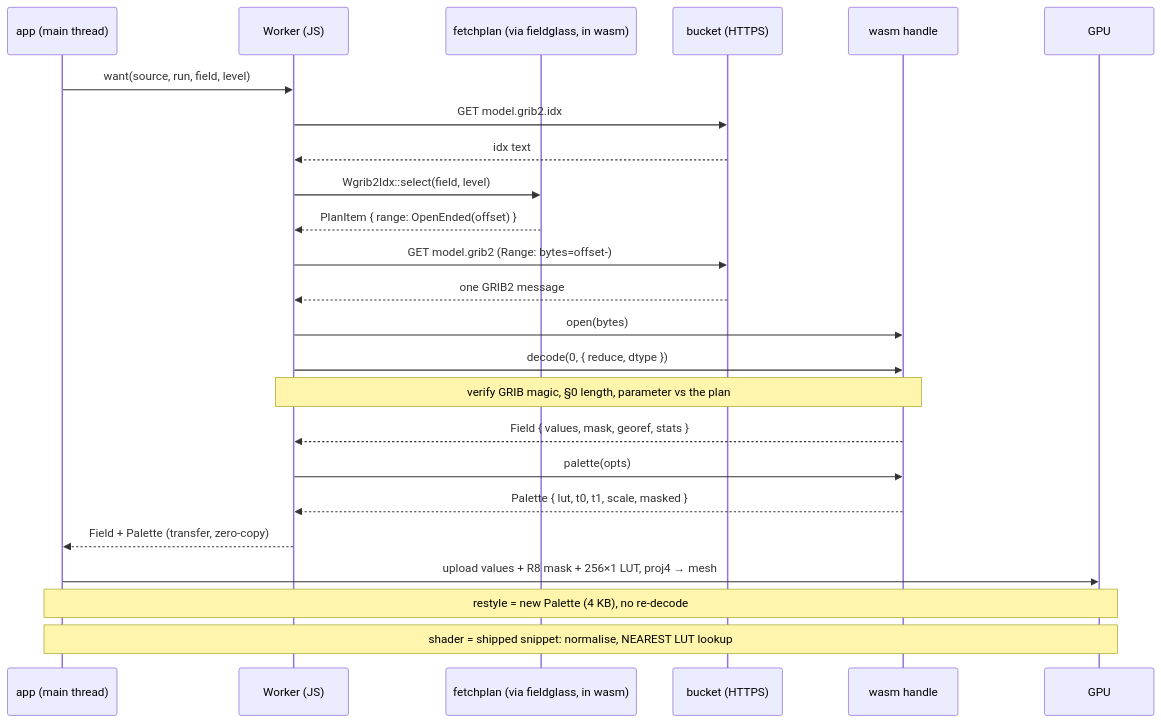
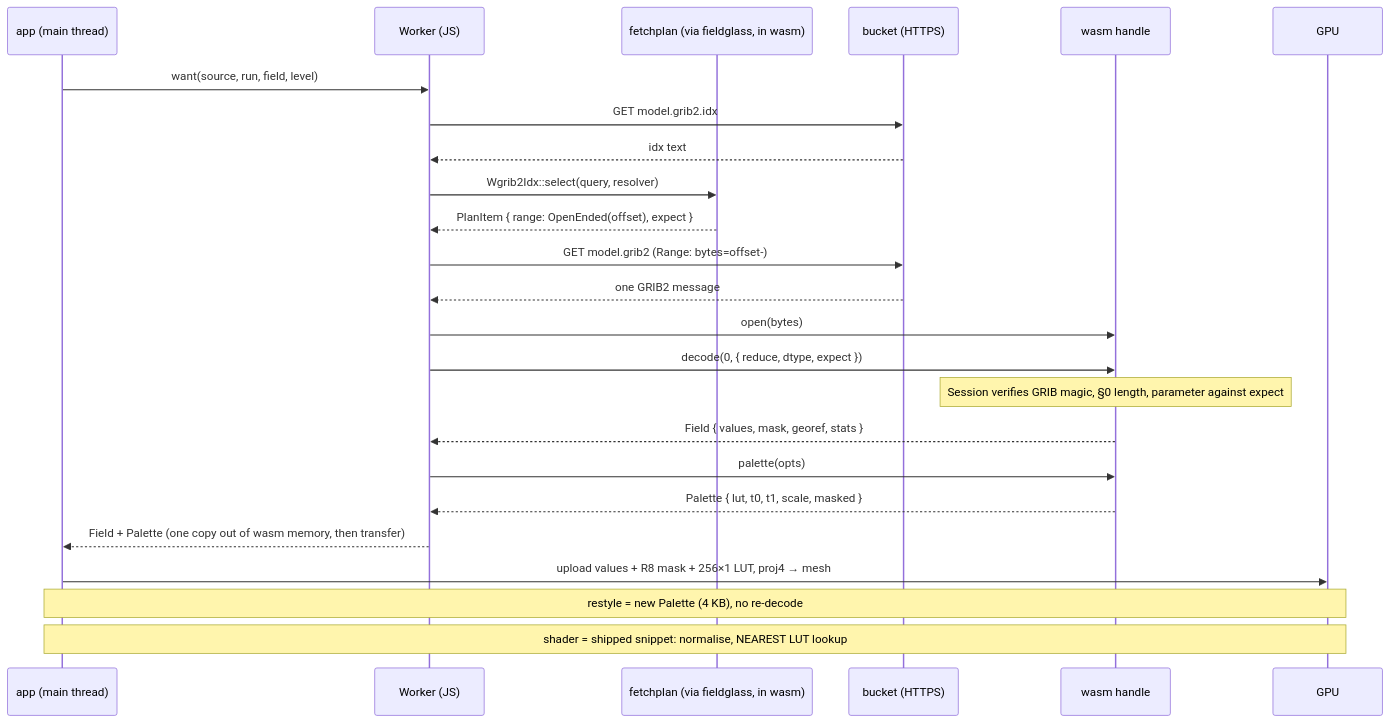
The second of 2 diagrams in docs/architecture/planned/04-hosts.md (D0ubleD0uble/fieldglass), drawn with Mermaid before and after one commit. The commit also changed other lines of this file and 2 other files, not shown here.

Commit message:
docs(architecture): audit every planned edge; fix direction and actor errors
Georef and MessageMeta/RenderedGrid arrows now point down (derived from
core / API types, never the reverse); hosts pass the conformance suite
rather than being run by it; DisplayField is a distinct type, not a
subtype; Session composes one of the three readers, not a FormatReader
only grib2 implements; the painter yields an API Raster that napi maps;
the wasm handle returns a Palette the app uploads; the reduce sequence
goes through Session; the browser sequence carries resolver and expect.

Claude-Session: https://claude.ai/code/session_01HXQLdNBg23o81NEfApXYhF

````diff
--- a/docs/architecture/planned/04-hosts.md
+++ b/docs/architecture/planned/04-hosts.md
@@ -37,27 +37,27 @@
 ```mermaid
 sequenceDiagram
     participant A as app (main thread)
     participant W as Worker (JS)
     participant P as fetchplan (via fieldglass, in wasm)
     participant B as bucket (HTTPS)
     participant H as wasm handle
     participant G as GPU
 
     A->>W: want(source, run, field, level)
     W->>B: GET model.grib2.idx
     B-->>W: idx text
-    W->>P: Wgrib2Idx::select(field, level)
-    P-->>W: PlanItem { range: OpenEnded(offset) }
+    W->>P: Wgrib2Idx::select(query, resolver)
+    P-->>W: PlanItem { range: OpenEnded(offset), expect }
     W->>B: GET model.grib2 (Range: bytes=offset-)
     B-->>W: one GRIB2 message
     W->>H: open(bytes)
-    W->>H: decode(0, { reduce, dtype })
-    Note over W,H: verify GRIB magic, §0 length, parameter vs the plan
+    W->>H: decode(0, { reduce, dtype, expect })
+    Note over H: Session verifies GRIB magic, §0 length, parameter against expect
     H-->>W: Field { values, mask, georef, stats }
     W->>H: palette(opts)
     H-->>W: Palette { lut, t0, t1, scale, masked }
-    W-->>A: Field + Palette (transfer, zero-copy)
+    W-->>A: Field + Palette (one copy out of wasm memory, then transfer)
     A->>G: upload values + R8 mask + 256×1 LUT, proj4 → mesh
     Note over A,G: restyle = new Palette (4 KB), no re-decode
     Note over A,G: shader = shipped snippet: normalise, NEAREST LUT lookup
 ```
````
